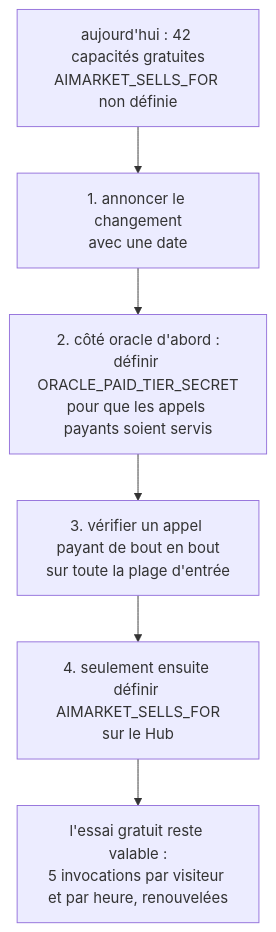
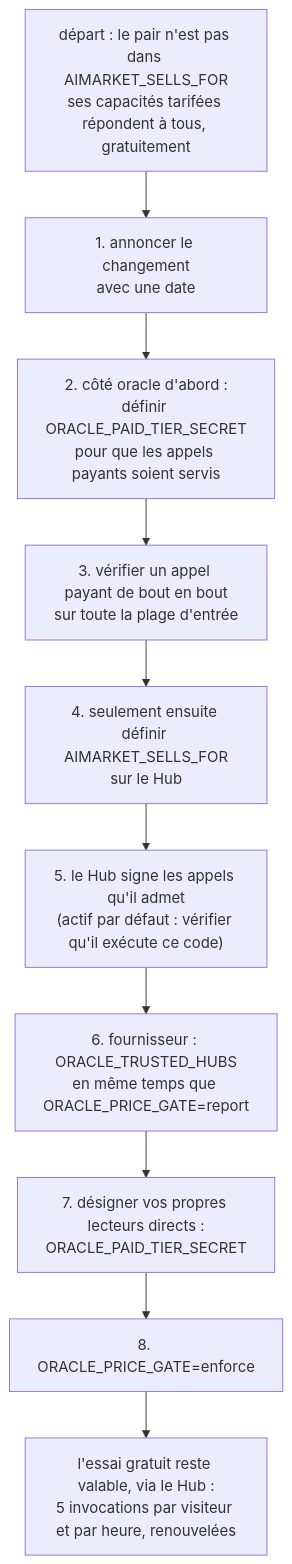
The third of 4 diagrams in docs/free-and-paid-tiers.fr.md (alexar76/aicom), drawn with Mermaid before and after one commit. The commit also changed other lines of this file and 496 other files, not shown here.

````diff
--- a/docs/free-and-paid-tiers.fr.md
+++ b/docs/free-and-paid-tiers.fr.md
@@ -299,8 +392,12 @@
 ```mermaid
 flowchart TD
-    S["aujourd'hui : 42 capacités gratuites<br/>AIMARKET_SELLS_FOR non définie"] --> A["1. annoncer le changement<br/>avec une date"]
+    S["départ : le pair n'est pas dans AIMARKET_SELLS_FOR<br/>ses capacités tarifées répondent à tous, gratuitement"] --> A["1. annoncer le changement<br/>avec une date"]
     A --> B["2. côté oracle d'abord :<br/>définir ORACLE_PAID_TIER_SECRET<br/>pour que les appels payants soient servis"]
     B --> C["3. vérifier un appel payant de bout en bout<br/>sur toute la plage d'entrée"]
     C --> D["4. seulement ensuite définir AIMARKET_SELLS_FOR<br/>sur le Hub"]
-    D --> E["l'essai gratuit reste valable :<br/>5 invocations par visiteur et par heure, renouvelées"]
+    D --> H["5. le Hub signe les appels qu'il admet<br/>(actif par défaut : vérifier qu'il exécute ce code)"]
+    H --> R["6. fournisseur : ORACLE_TRUSTED_HUBS<br/>en même temps que ORACLE_PRICE_GATE=report"]
+    R --> N["7. désigner vos propres lecteurs directs :<br/>ORACLE_PAID_TIER_SECRET"]
+    N --> X["8. ORACLE_PRICE_GATE=enforce"]
+    X --> E["l'essai gratuit reste valable, via le Hub :<br/>5 invocations par visiteur et par heure, renouvelées"]
 ```
````
